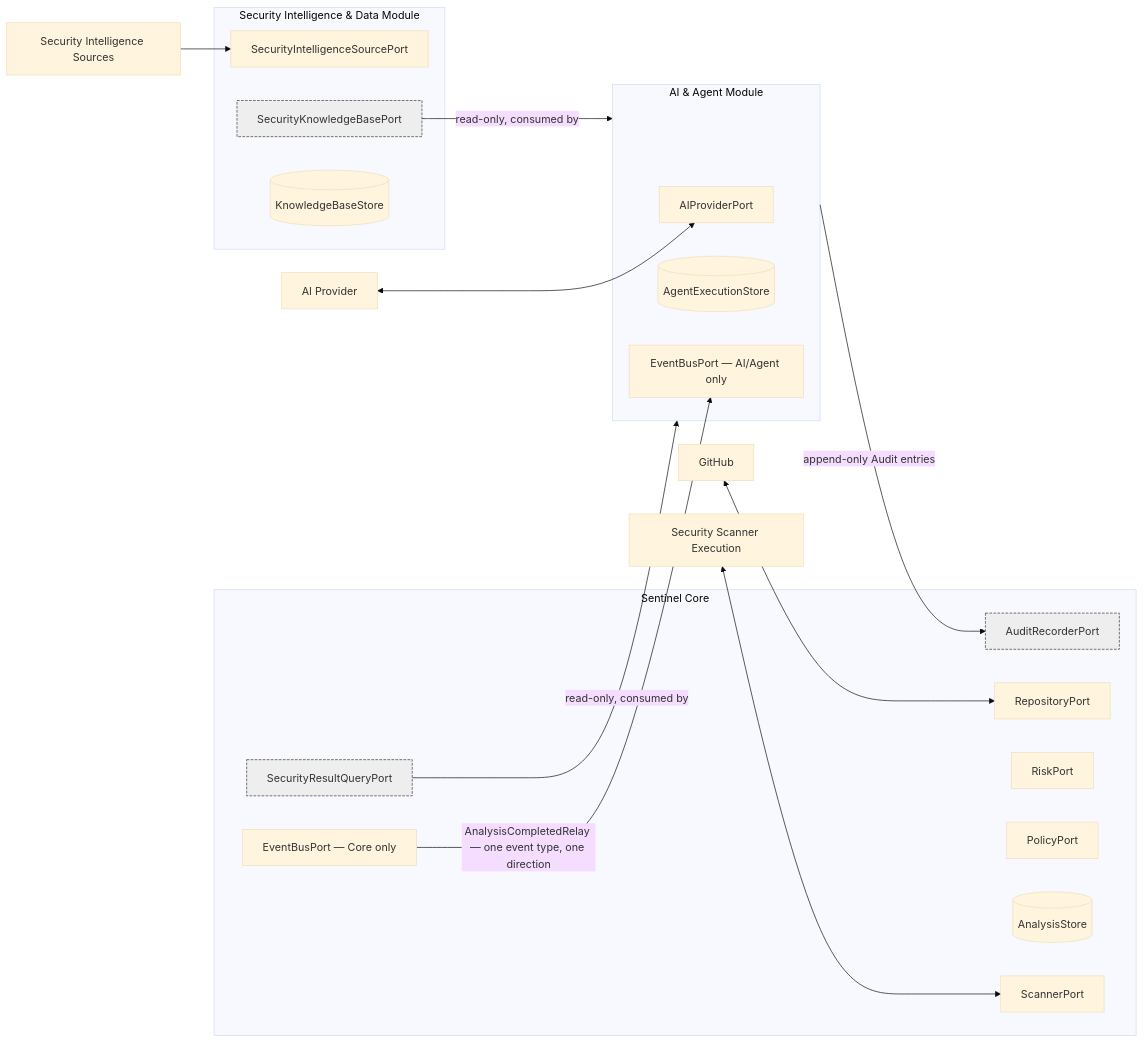
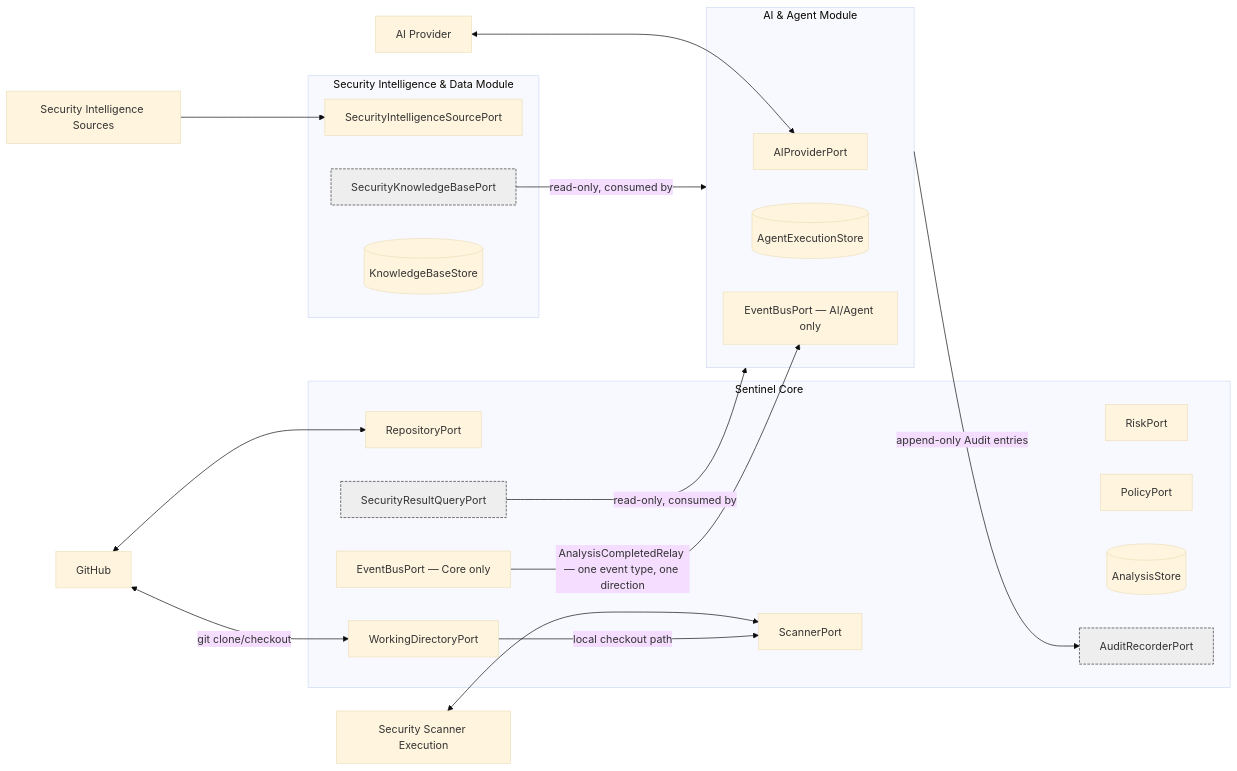
The diagram in docs/02_Domain/Ports_and_Interfaces.md (Andresfzabalab/Sentinel-IA), drawn with Mermaid (base theme) before and after one commit. The commit also changed other lines of this file and 6 other files, not shown here.

````diff
--- a/docs/02_Domain/Ports_and_Interfaces.md
+++ b/docs/02_Domain/Ports_and_Interfaces.md
@@ -65,39 +68,42 @@
 ```mermaid
 graph LR
     subgraph Core["Sentinel Core"]
         RP[RepositoryPort]
         SP[ScannerPort]
+        WDP[WorkingDirectoryPort]
         RiP[RiskPort]
         PP[PolicyPort]
         AS[(AnalysisStore)]
         SRQP[SecurityResultQueryPort]
         ARP[AuditRecorderPort]
         EBP1[EventBusPort — Core only]
     end
 
     subgraph AIM["AI & Agent Module"]
         AIP[AIProviderPort]
         AES[(AgentExecutionStore)]
         EBP2[EventBusPort — AI/Agent only]
     end
 
     subgraph SID["Security Intelligence & Data Module"]
         SISP[SecurityIntelligenceSourcePort]
         SKBP[SecurityKnowledgeBasePort]
         KBS[(KnowledgeBaseStore)]
     end
 
     GH[GitHub] <--> RP
+    GH <-->|git clone/checkout| WDP
     SC[Security Scanner Execution] <--> SP
+    WDP -->|local checkout path| SP
     Provider[AI Provider] <--> AIP
     Feeds[Security Intelligence Sources] --> SISP
 
     EBP1 -->|AnalysisCompletedRelay — one event type, one direction| EBP2
     SRQP -->|read-only, consumed by| AIM
     SKBP -->|read-only, consumed by| AIM
     AIM -->|append-only Audit entries| ARP
 
     style SRQP fill:#eee,stroke:#333,stroke-dasharray: 4 2
     style SKBP fill:#eee,stroke:#333,stroke-dasharray: 4 2
     style ARP fill:#eee,stroke:#333,stroke-dasharray: 4 2
 ```
````
